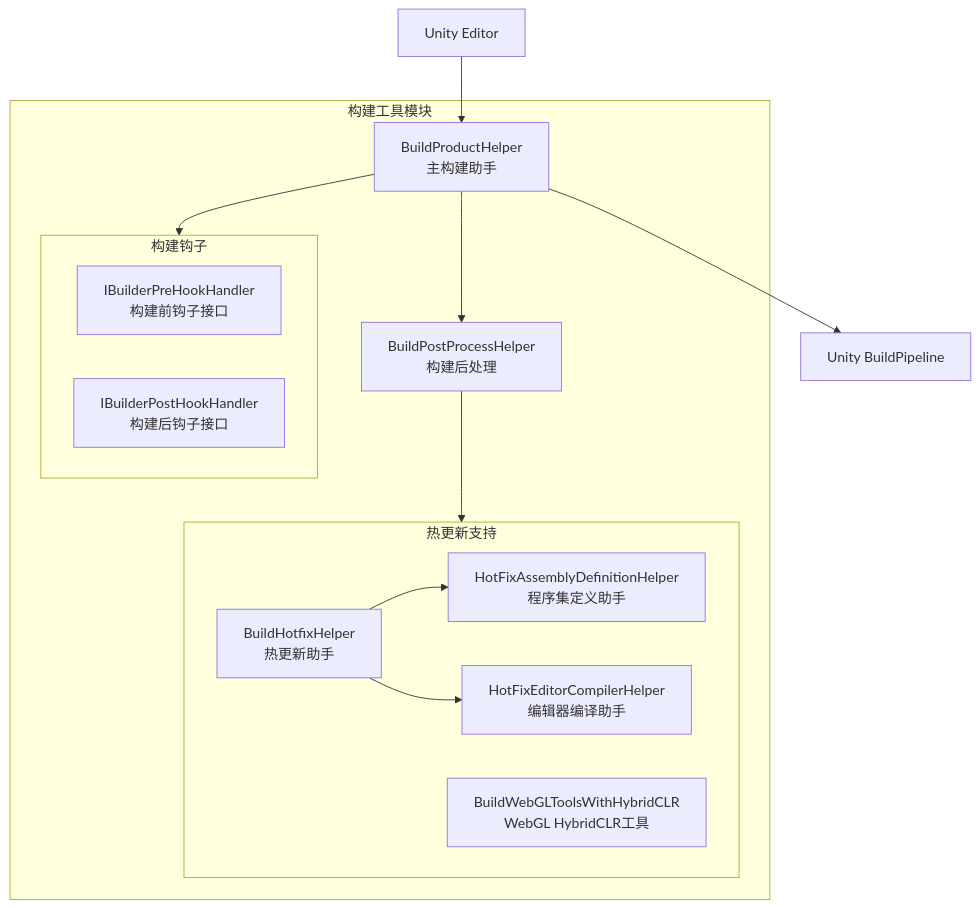
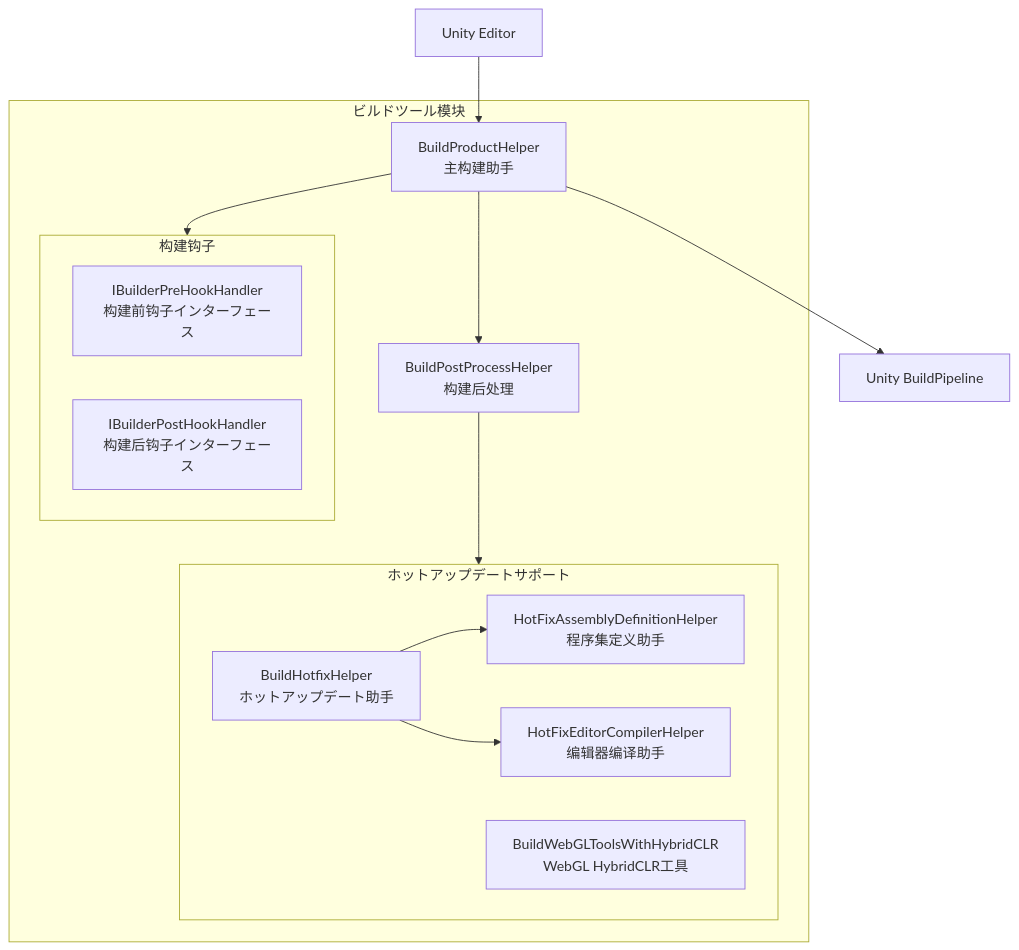
One commit to AlianBlank/GameFrameX.Docs changed the first of 2 diagrams in docs/ja/client/unity/component/core/11.build-tools.md. Above: the diagram before and after it, drawn with Mermaid. The commit also changed other lines of this file and 603 other files, not shown here.

````diff
--- a/docs/ja/client/unity/component/core/11.build-tools.md
+++ b/docs/ja/client/unity/component/core/11.build-tools.md
@@ -17,30 +17,30 @@
 ```mermaid
 flowchart TD
-    subgraph BuildTools["构建工具模块"]
+    subgraph BuildTools["ビルドツール模块"]
         BH[BuildProductHelper<br/>主构建助手]
         BPH[BuildPostProcessHelper<br/>构建后处理]
         
         subgraph Hooks["构建钩子"]
-            IPH[IBuilderPreHookHandler<br/>构建前钩子接口]
-            IPO[IBuilderPostHookHandler<br/>构建后钩子接口]
+            IPH[IBuilderPreHookHandler<br/>构建前钩子インターフェース]
+            IPO[IBuilderPostHookHandler<br/>构建后钩子インターフェース]
         end
         
-        subgraph Hotfix["热更新支持"]
-            BHH[BuildHotfixHelper<br/>热更新助手]
+        subgraph Hotfix["ホットアップデートサポート"]
+            BHH[BuildHotfixHelper<br/>ホットアップデート助手]
             HECH[HotFixEditorCompilerHelper<br/>编辑器编译助手]
             HADH[HotFixAssemblyDefinitionHelper<br/>程序集定义助手]
             BWG[BuildWebGLToolsWithHybridCLR<br/>WebGL HybridCLR工具]
         end
     end
     
     UnityEditor[Unity Editor]
     BuildPipeline[Unity BuildPipeline]
     
     UnityEditor --> BH
     BH --> Hooks
     BH --> BuildPipeline
     BH --> BPH
     BPH --> Hotfix
     BHH --> HADH
     BHH --> HECH
 ```
````
